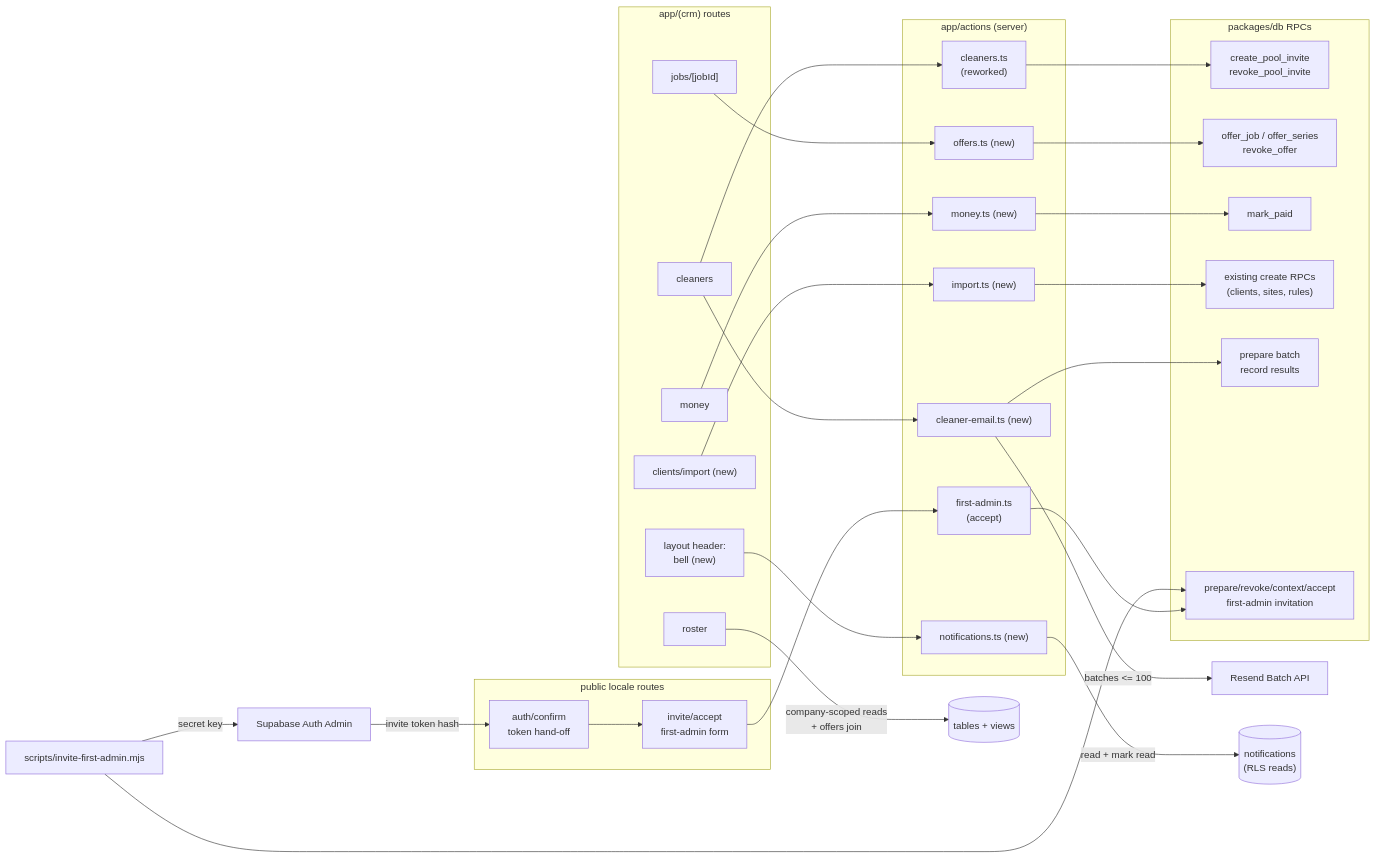
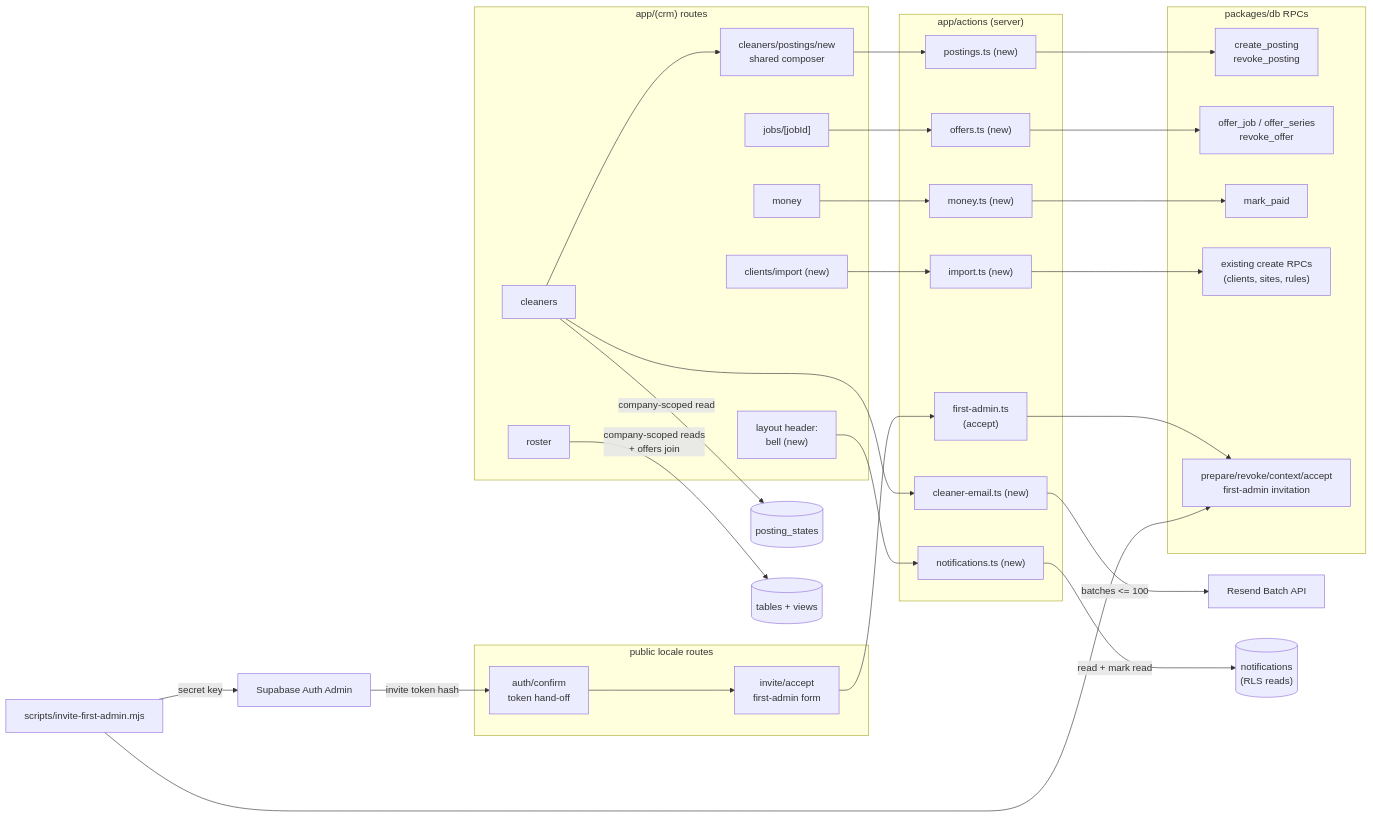
The first of 4 diagrams in docs/design/phase-a-adoption/lld-crm.md (lspinheiro/clean_app_crm), drawn with Mermaid before and after one commit. The commit also changed other lines of this file and 33 other files, not shown here.

````diff
--- a/docs/design/phase-a-adoption/lld-crm.md
+++ b/docs/design/phase-a-adoption/lld-crm.md
@@ -56,44 +60,45 @@
 ```mermaid
 flowchart LR
     subgraph routes["app/(crm) routes"]
         RCLEANERS["cleaners"]
+        RPOST["cleaners/postings/new<br/>shared composer"]
         RJOB["jobs/[jobId]"]
         RROSTER["roster"]
         RMONEY["money"]
         RIMP["clients/import (new)"]
         RBELL["layout header:<br/>bell (new)"]
     end
     subgraph publicRoutes["public locale routes"]
         RCONF["auth/confirm<br/>token hand-off"]
         RACCEPT["invite/accept<br/>first-admin form"]
     end
     FCLI["scripts/invite-first-admin.mjs"]
     subgraph actions["app/actions (server)"]
-        ACLEANERS["cleaners.ts<br/>(reworked)"]
+        APOST["postings.ts (new)"]
         AOFF["offers.ts (new)"]
         AMONEY["money.ts (new)"]
         AIMP["import.ts (new)"]
         ANOTIF["notifications.ts (new)"]
         AEMAIL["cleaner-email.ts (new)"]
         AADMIN["first-admin.ts<br/>(accept)"]
     end
     subgraph rpcs["packages/db RPCs"]
-        R1["create_pool_invite<br/>revoke_pool_invite"]
+        R1["create_posting<br/>revoke_posting"]
         R2["offer_job / offer_series<br/>revoke_offer"]
         R3["mark_paid"]
         R4["existing create RPCs<br/>(clients, sites, rules)"]
-        R5["prepare batch<br/>record results"]
         R6["prepare/revoke/context/accept<br/>first-admin invitation"]
     end
     FCLI -->|"secret key"| SAUTH["Supabase Auth Admin"]
     FCLI --> R6
     SAUTH -->|"invite token hash"| RCONF --> RACCEPT --> AADMIN --> R6
-    RCLEANERS --> ACLEANERS --> R1
+    RCLEANERS --> RPOST --> APOST --> R1
+    RCLEANERS -->|"company-scoped read"| PSTATE[("posting_states")]
     RJOB --> AOFF --> R2
     RMONEY --> AMONEY --> R3
     RIMP --> AIMP --> R4
-    RCLEANERS --> AEMAIL --> R5
+    RCLEANERS --> AEMAIL
     AEMAIL -->|"batches <= 100"| RESEND["Resend Batch API"]
     RBELL --> ANOTIF -->|read + mark read| NDB[("notifications<br/>(RLS reads)")]
     RROSTER -->|company-scoped reads<br/>+ offers join| VDB[("tables + views")]
 ```
````
